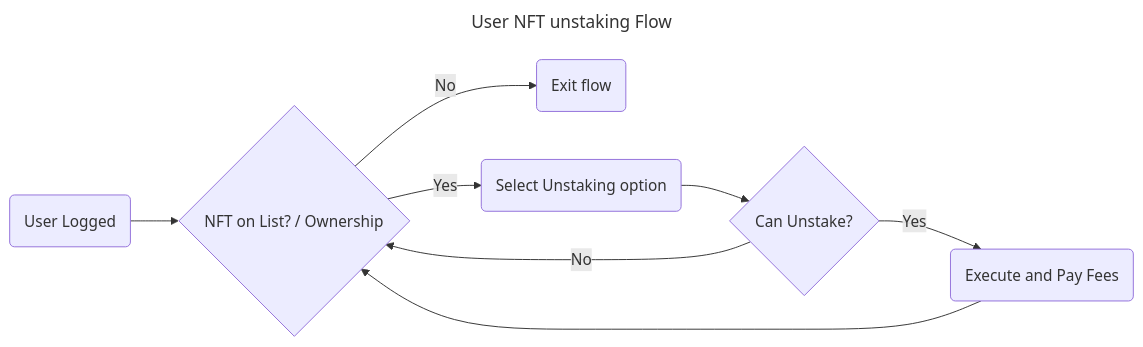
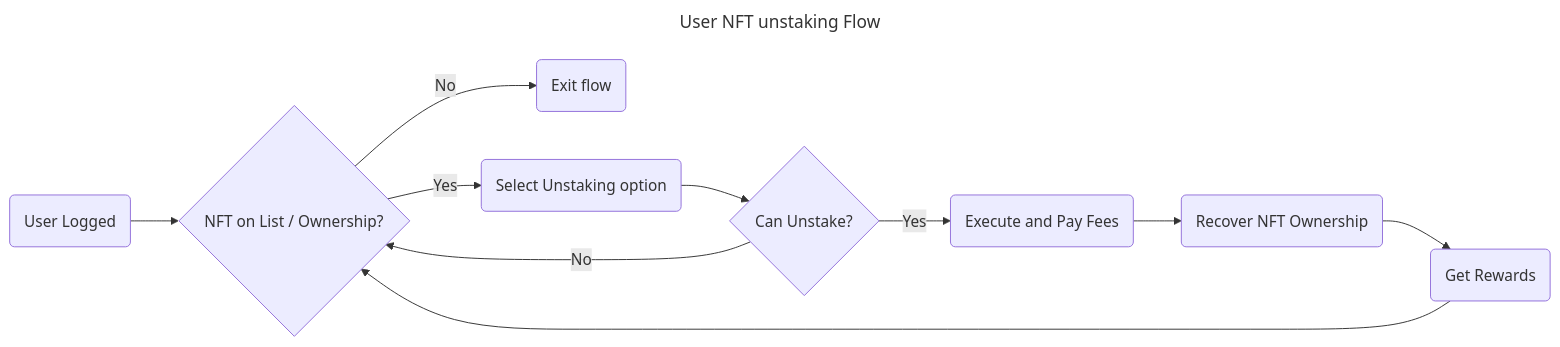
Before and after one commit to Lazychain/docs: the diagram in learn/stories/0004-nft-unstaking.md, drawn with Mermaid. The commit also changed other lines of this file, not shown here.

````diff
--- a/learn/stories/0004-nft-unstaking.md
+++ b/learn/stories/0004-nft-unstaking.md
@@ -3,13 +3,15 @@
 ```mermaid
 ---
 title: User NFT unstaking Flow
 ---
 flowchart LR
-    A(User Logged) --> B{NFT on List? / Ownership}
+    A(User Logged) --> B{NFT on List / Ownership?}
     B --> |No| X(Exit flow)
     B --> |Yes| C(Select Unstaking option)
     C --> D{Can Unstake?}
     D --> |Yes| E(Execute and Pay Fees)
-    E --> B
+    E --> F(Recover NFT Ownership)
+    F --> G(Get Rewards)
+    G --> B 
     D --> |No| B  
 ```
````
